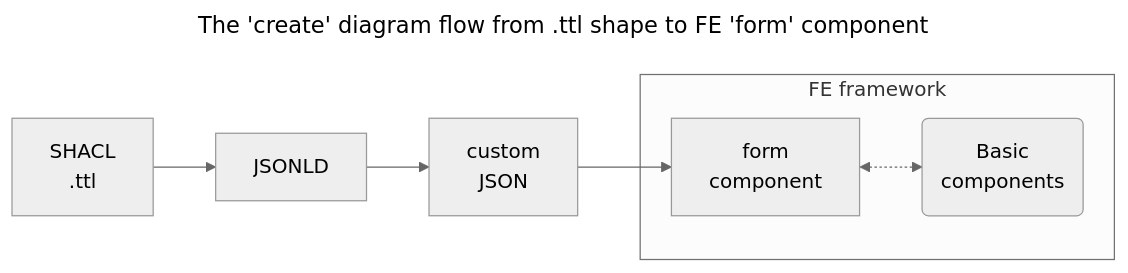
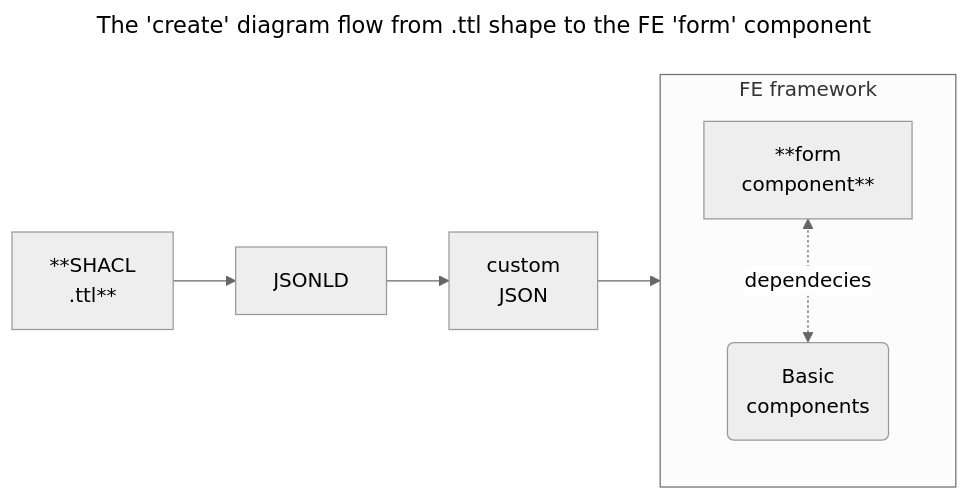
Before and after one commit to SolidLabResearch/solid-sfef-cli: the diagram in README.md, drawn with Mermaid (neutral theme).

Commit message:
readme.md diagram

````diff
--- a/README.md
+++ b/README.md
@@ -36,12 +36,13 @@
 ```mermaid
 ---
-title: The 'create' diagram flow from .ttl shape to FE 'form' component
+title: The 'create' diagram flow from .ttl shape to the FE 'form' component
 ---
 graph LR
-    A[SHACL\n.ttl] --> B[JSONLD]
+    A[**SHACL\n.ttl**] --> B[JSONLD]
     B --> C[custom\nJSON]
-    C --> D[form\ncomponent]
+    C --> D[**form\ncomponent**]
     subgraph FE framework
-        D <-.-> E(Basic\ncomponents)
+        direction BT
+        E(Basic\ncomponents) <-. dependecies .-> D
     end
 ```
````
